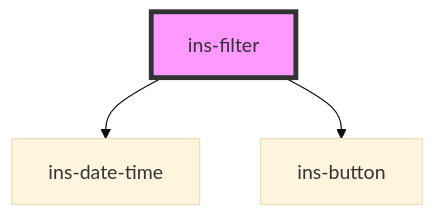
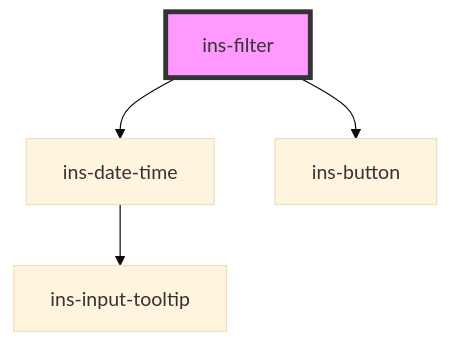
Before and after one commit to insites-io/insites-components-v2: the diagram in components/src/components/ins-filter/README.md, drawn with Mermaid (base theme). The commit also changed 21 other files, not shown here.

````diff
--- a/components/src/components/ins-filter/README.md
+++ b/components/src/components/ins-filter/README.md
@@ -60,6 +60,7 @@
 ```mermaid
 graph TD;
   ins-filter --> ins-date-time
   ins-filter --> ins-button
+  ins-date-time --> ins-input-tooltip
   style ins-filter fill:#f9f,stroke:#333,stroke-width:4px
 ```
````
